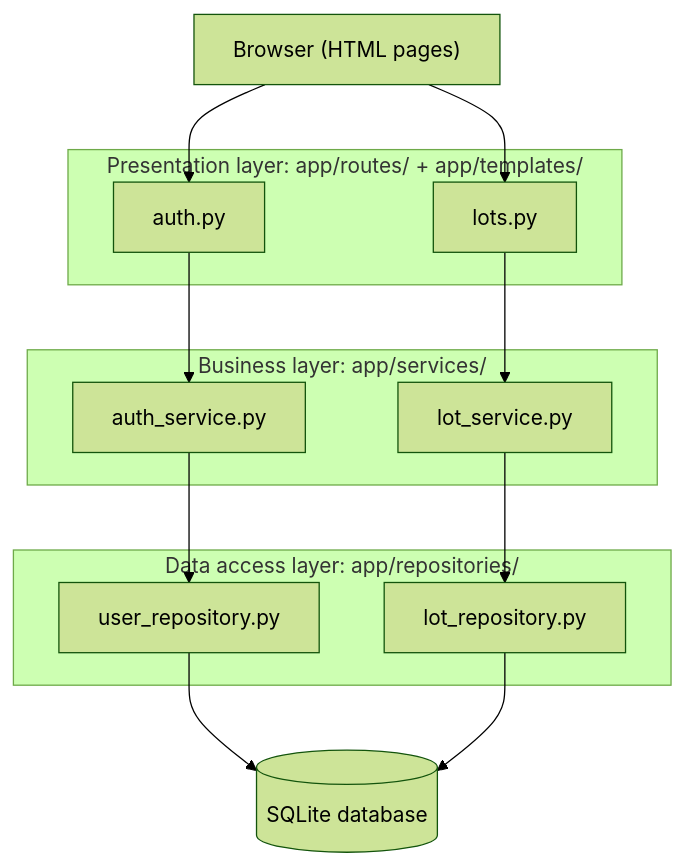
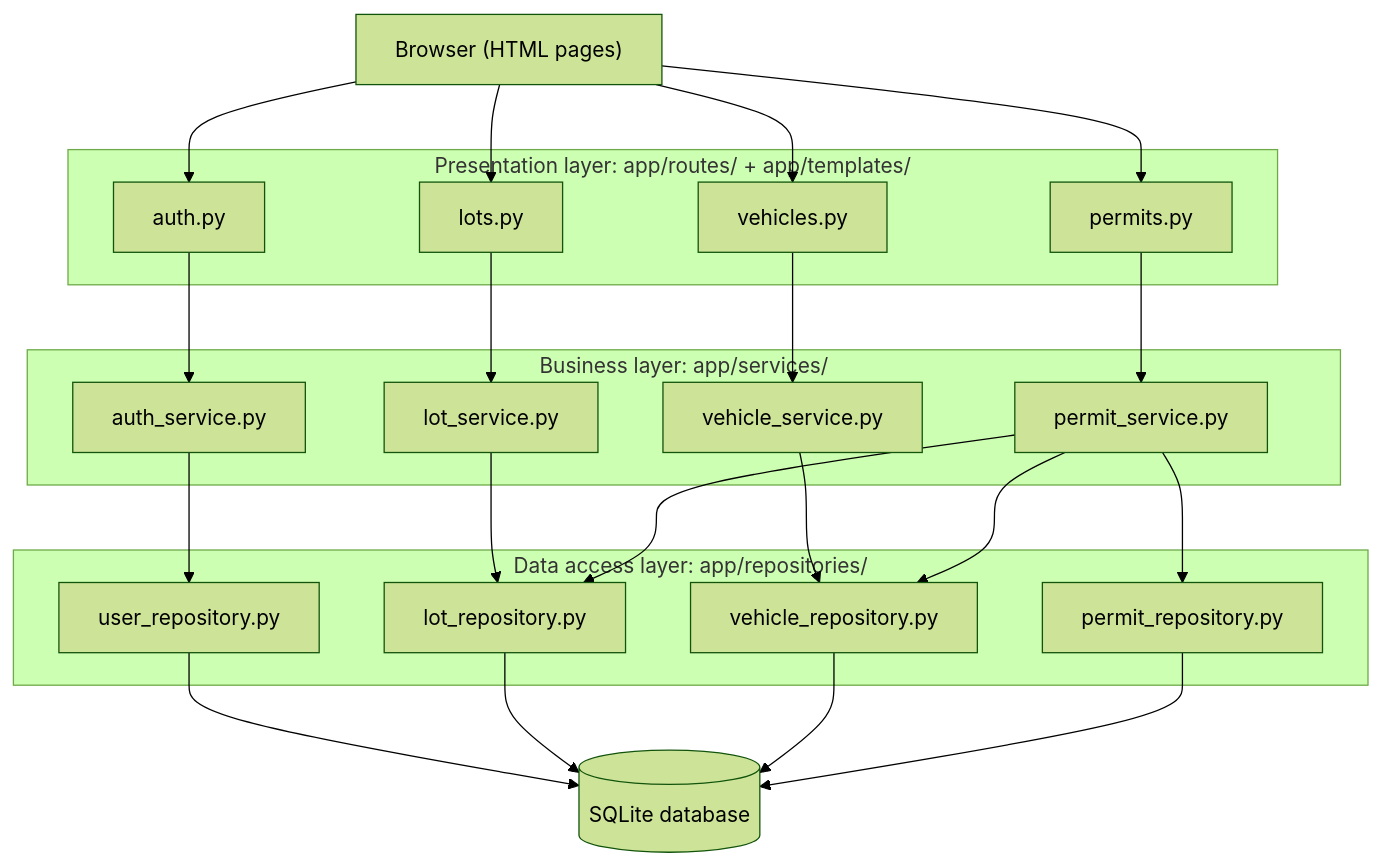
Before and after one commit to James-Granderson/panther-parking--Group1-: the diagram in docs/architecture.md, drawn with Mermaid (forest theme). The commit also changed 30 other files, not shown here.

Commit message:
Implement parking permit and lot admin stories

````diff
--- a/docs/architecture.md
+++ b/docs/architecture.md
@@ -8,24 +8,34 @@
 ```mermaid
 flowchart TD
     Browser["Browser (HTML pages)"]
     subgraph Presentation["Presentation layer: app/routes/ + app/templates/"]
         AuthRoutes["auth.py"]
         LotRoutes["lots.py"]
+        VehicleRoutes["vehicles.py"]
+        PermitRoutes["permits.py"]
     end
     subgraph Business["Business layer: app/services/"]
         AuthService["auth_service.py"]
         LotService["lot_service.py"]
+        VehicleService["vehicle_service.py"]
+        PermitService["permit_service.py"]
     end
     subgraph Data["Data access layer: app/repositories/"]
         UserRepo["user_repository.py"]
         LotRepo["lot_repository.py"]
+        VehicleRepo["vehicle_repository.py"]
+        PermitRepo["permit_repository.py"]
     end
     DB[("SQLite database")]
 
-    Browser --> AuthRoutes & LotRoutes
+    Browser --> AuthRoutes & LotRoutes & VehicleRoutes & PermitRoutes
     AuthRoutes --> AuthService
     LotRoutes --> LotService
+    VehicleRoutes --> VehicleService
+    PermitRoutes --> PermitService
     AuthService --> UserRepo
     LotService --> LotRepo
-    UserRepo & LotRepo --> DB
+    VehicleService --> VehicleRepo
+    PermitService --> PermitRepo & VehicleRepo & LotRepo
+    UserRepo & LotRepo & VehicleRepo & PermitRepo --> DB
 ```
````
